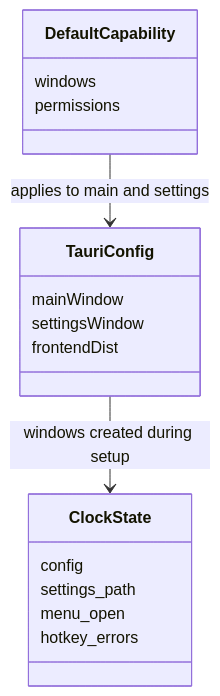
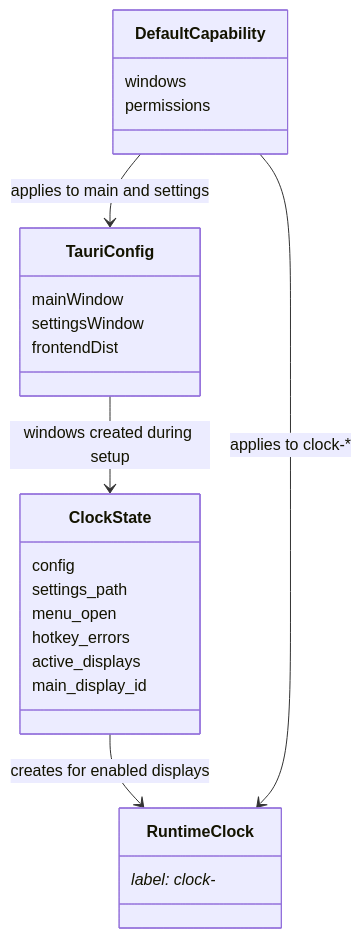
The first of 2 diagrams in src-tauri/doc/workflow_diagram.md (tbkmax/TopClock), drawn with Mermaid before and after one commit. The commit also changed other lines of this file and 26 other files, not shown here.

Commit message:
feat(clock): add Multiple Displays supports

````diff
--- a/src-tauri/doc/workflow_diagram.md
+++ b/src-tauri/doc/workflow_diagram.md
@@ -5,20 +5,27 @@
 ```mermaid
 classDiagram
     class TauriConfig {
       mainWindow
       settingsWindow
       frontendDist
     }
     class ClockState {
       config
       settings_path
       menu_open
       hotkey_errors
+      active_displays
+      main_display_id
     }
     class DefaultCapability {
       windows
       permissions
     }
+    class RuntimeClock {
+      label: clock-*
+    }
     TauriConfig --> ClockState : windows created during setup
+    ClockState --> RuntimeClock : creates for enabled displays
     DefaultCapability --> TauriConfig : applies to main and settings
+    DefaultCapability --> RuntimeClock : applies to clock-*
 ```
````
